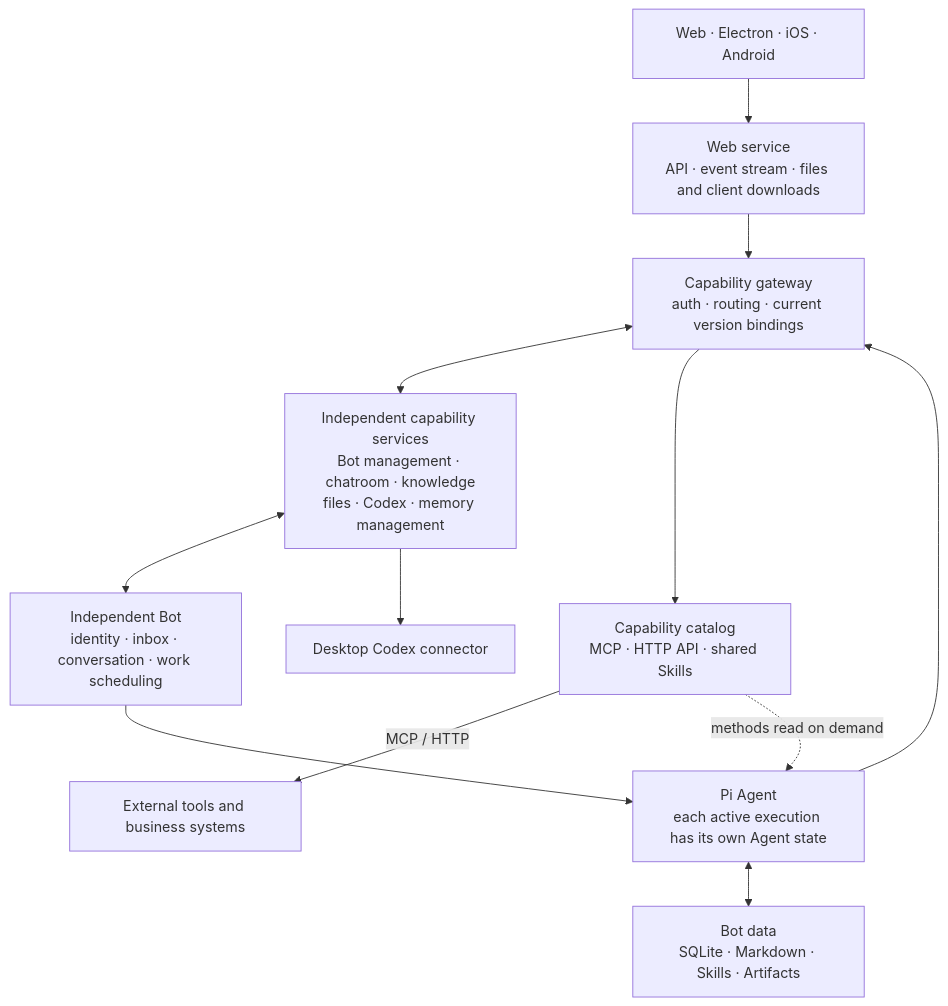
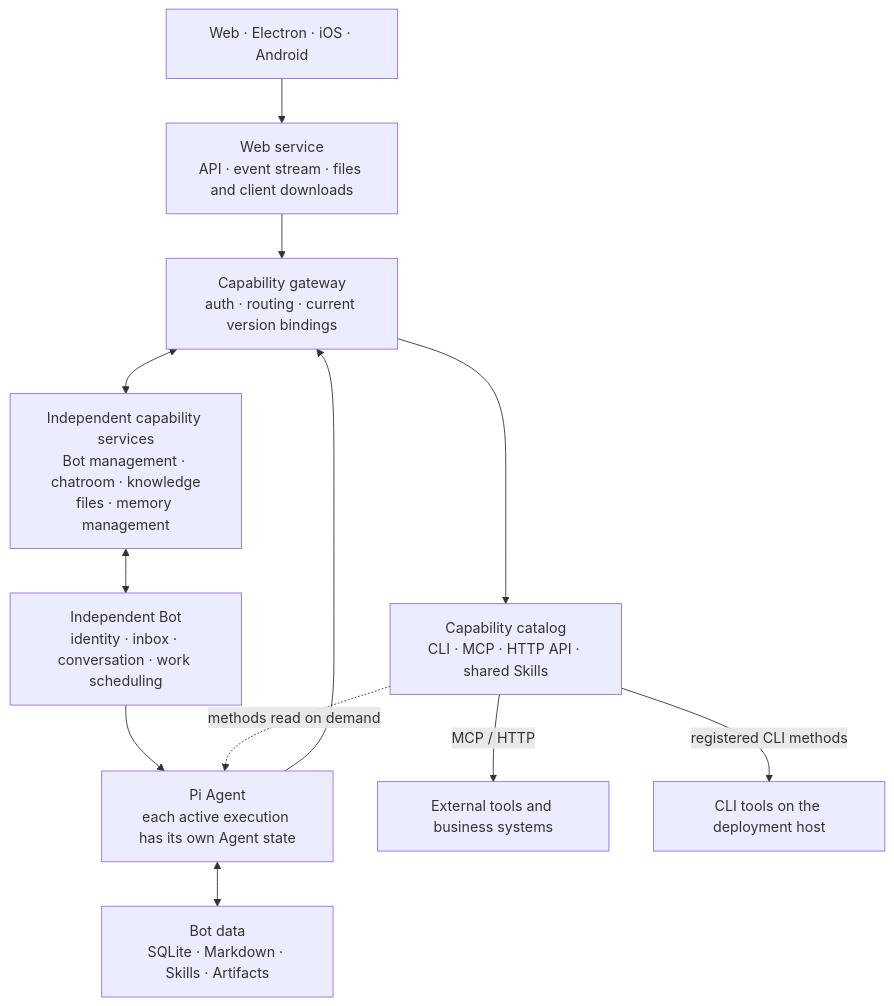
The diagram in README.md (buyun00/Summon-Bot), drawn with Mermaid before and after one commit. The commit also changed other lines of this file and 164 other files, not shown here.

````diff
--- a/README.md
+++ b/README.md
@@ -102,14 +102,14 @@
 ```mermaid
 flowchart TB
   Clients["Web · Electron · iOS · Android"] --> Web["Web service<br/>API · event stream · files and client downloads"]
   Web --> Gateway["Capability gateway<br/>auth · routing · current version bindings"]
-  Gateway <--> Services["Independent capability services<br/>Bot management · chatroom · knowledge<br/>files · Codex · memory management"]
+  Gateway <--> Services["Independent capability services<br/>Bot management · chatroom · knowledge<br/>files · memory management"]
   Services <--> Bot["Independent Bot<br/>identity · inbox · conversation · work scheduling"]
   Bot --> Agent["Pi Agent<br/>each active execution has its own Agent state"]
   Agent --> Gateway
   Agent <--> Data["Bot data<br/>SQLite · Markdown · Skills · Artifacts"]
-  Gateway --> Catalog["Capability catalog<br/>MCP · HTTP API · shared Skills"]
+  Gateway --> Catalog["Capability catalog<br/>CLI · MCP · HTTP API · shared Skills"]
   Catalog -->|MCP / HTTP| External["External tools and business systems"]
+  Catalog -->|registered CLI methods| CLI["CLI tools on the deployment host"]
   Catalog -. methods read on demand .-> Agent
-  Services --> Codex["Desktop Codex connector"]
 ```
````
